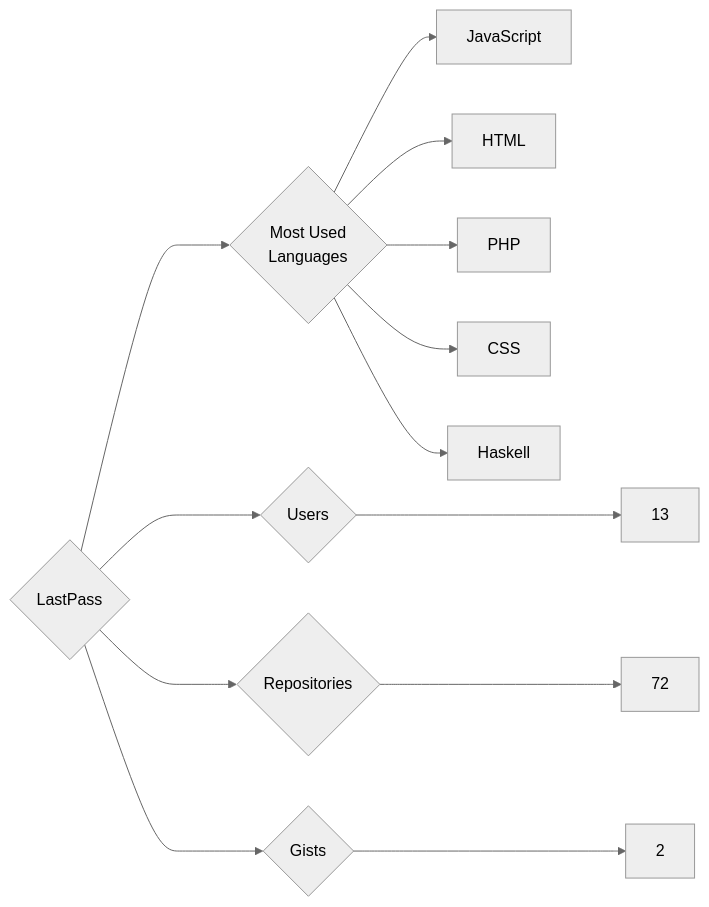
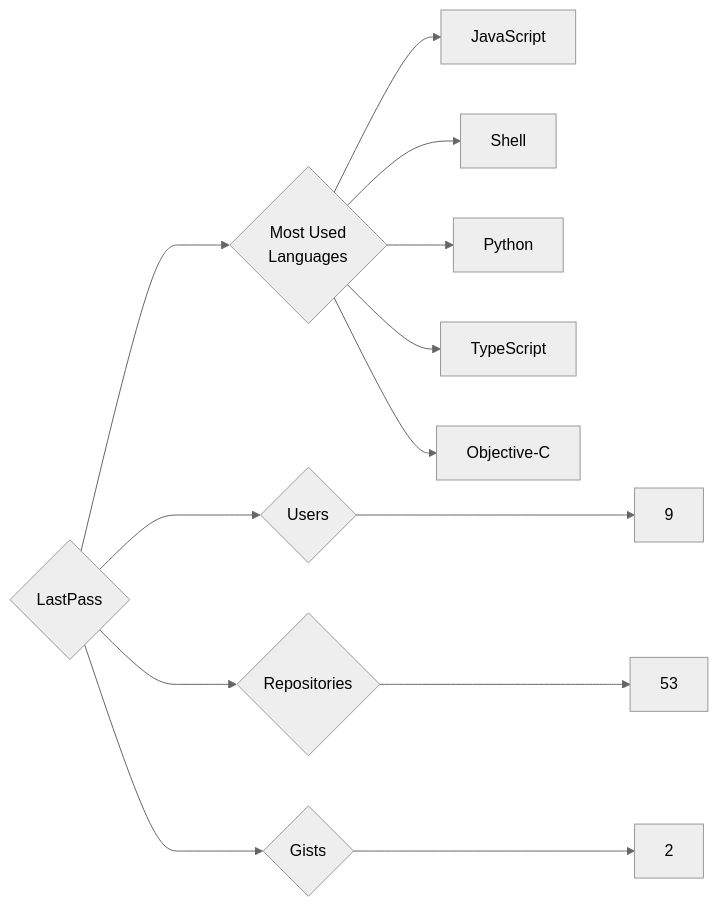
The diagram in targets/LastPass/README.md (trickest/insiders), drawn with Mermaid (neutral theme) before and after one commit. The commit also changed 633 other files, not shown here.

````diff
--- a/targets/LastPass/README.md
+++ b/targets/LastPass/README.md
@@ -3,13 +3,13 @@
 ```mermaid
 graph LR
 COMPANY_NAME{LastPass}
-COMPANY_NAME ---> U{Users} ---> UN[13]
-COMPANY_NAME ---> R{Repositories} ---> RN[72]
+COMPANY_NAME ---> U{Users} ---> UN[9]
+COMPANY_NAME ---> R{Repositories} ---> RN[53]
 COMPANY_NAME ---> G{Gists} ---> GN[2]
 COMPANY_NAME ---> ML{Most Used<br>Languages}
 ML --> JavaScript[JavaScript]
-ML --> HTML[HTML]
-ML --> PHP[PHP]
-ML --> CSS[CSS]
-ML --> Haskell[Haskell]
+ML --> Shell[Shell]
+ML --> Python[Python]
+ML --> TypeScript[TypeScript]
+ML --> Objective-C[Objective-C]
 ```
````
